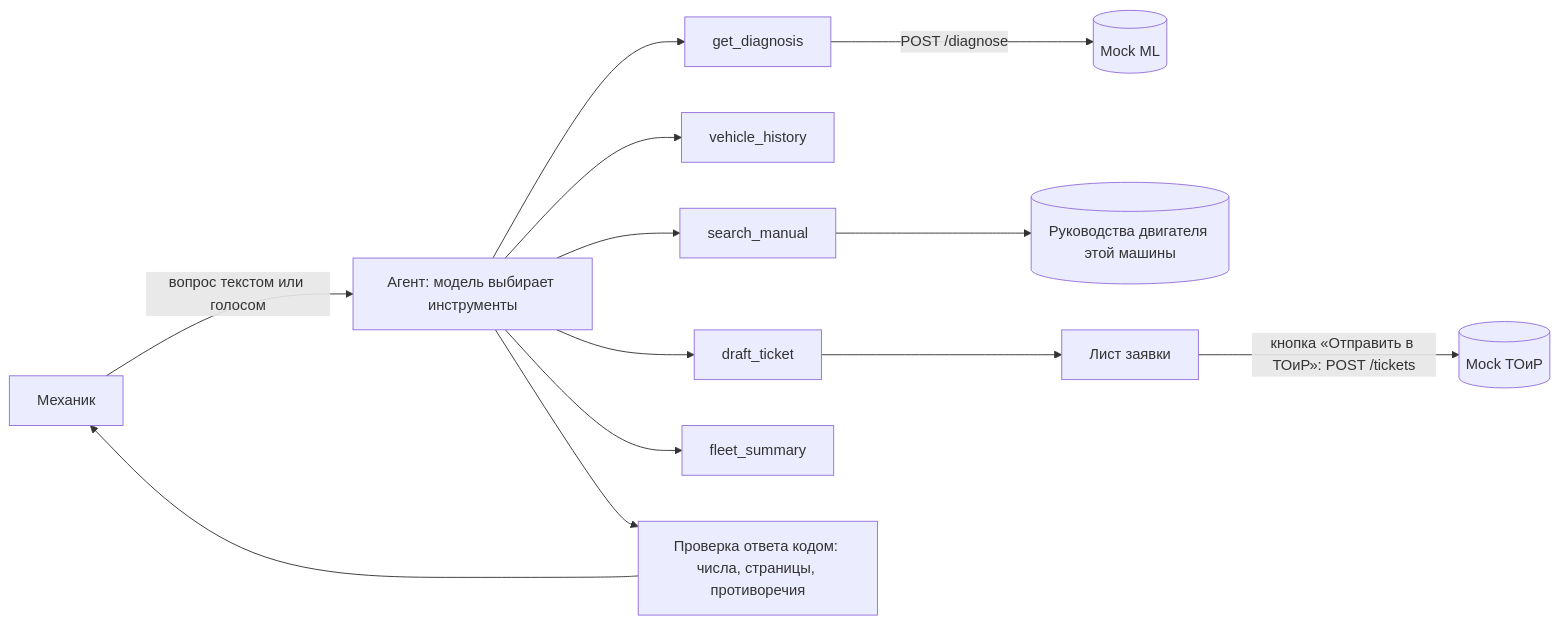
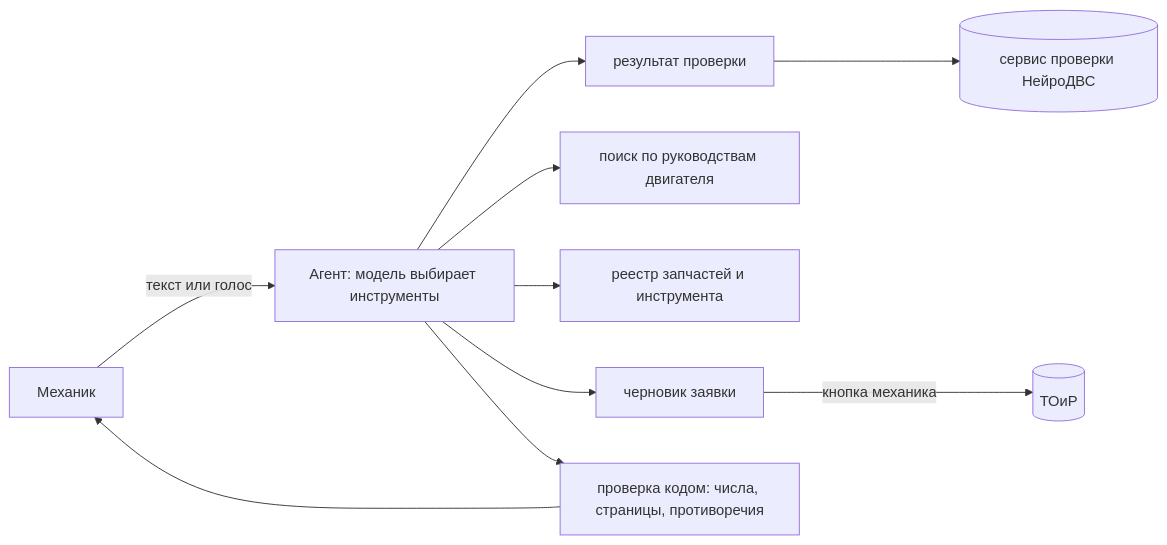
The diagram in README.md (ValeriyPronkin/digital-mechanic), drawn with Mermaid before and after one commit. The commit also changed other lines of this file and 3 other files, not shown here.

````diff
--- a/README.md
+++ b/README.md
@@ -120,15 +67,12 @@
 ```mermaid
 flowchart LR
-  M[Механик] -->|вопрос текстом или голосом| A[Агент: модель выбирает инструменты]
-  A --> D[get_diagnosis]
-  A --> H[vehicle_history]
-  A --> S[search_manual]
-  A --> T[draft_ticket]
-  A --> F[fleet_summary]
-  D -->|POST /diagnose| ML[(Mock ML)]
-  S --> IDX[(Руководства двигателя этой машины)]
-  T --> L[Лист заявки]
-  L -->|кнопка «Отправить в ТОиР»: POST /tickets| TO[(Mock ТОиР)]
-  A --> G[Проверка ответа кодом: числа, страницы, противоречия]
+  M[Механик] -->|текст или голос| A[Агент: модель выбирает инструменты]
+  A --> D[результат проверки]
+  A --> S[поиск по руководствам двигателя]
+  A --> P[реестр запчастей и инструмента]
+  A --> T[черновик заявки]
+  D --> ML[(сервис проверки НейроДВС)]
+  T -->|кнопка механика| TO[(ТОиР)]
+  A --> G[проверка кодом: числа, страницы, противоречия]
   G --> M
 ```
````
